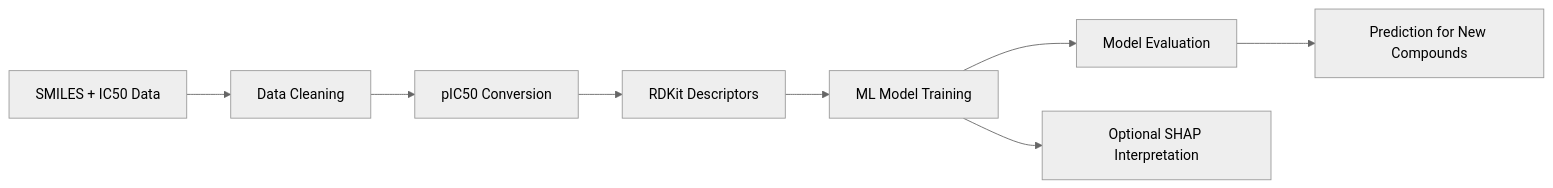
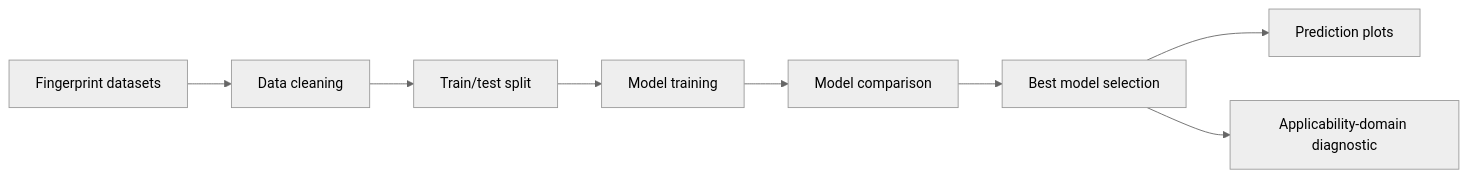
Before and after one commit to HazratMaghaz/QSAR-IC50-Prediction-RDKit-SHAP: the diagram in README.md, drawn with Mermaid (neutral theme). The commit also changed other lines of this file, not shown here.

````diff
--- a/README.md
+++ b/README.md
@@ -89,10 +140,10 @@
 ```mermaid
 flowchart LR
-    A[SMILES + IC50 Data] --> B[Data Cleaning]
-    B --> C[pIC50 Conversion]
-    C --> D[RDKit Descriptors]
-    D --> E[ML Model Training]
-    E --> F[Model Evaluation]
-    F --> G[Prediction for New Compounds]
-    E --> H[Optional SHAP Interpretation]
+    A[Fingerprint datasets] --> B[Data cleaning]
+    B --> C[Train/test split]
+    C --> D[Model training]
+    D --> E[Model comparison]
+    E --> F[Best model selection]
+    F --> G[Prediction plots]
+    F --> H[Applicability-domain diagnostic]
 ```
````
